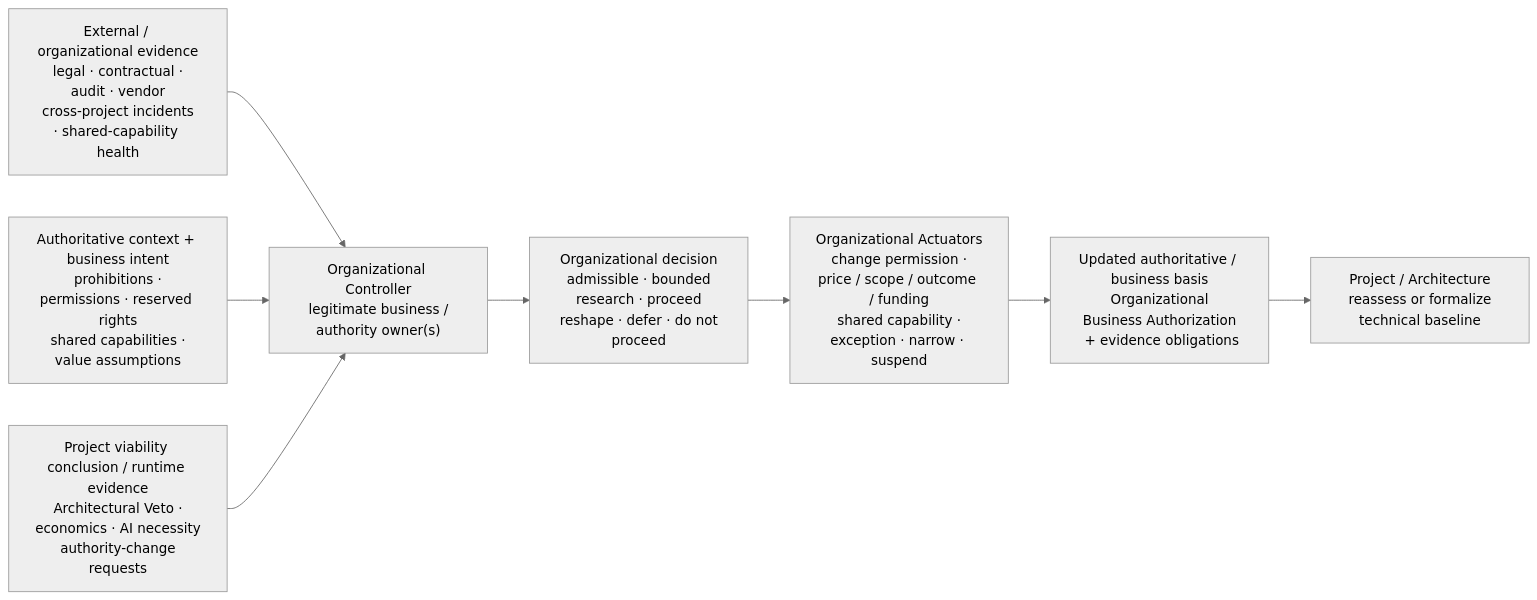
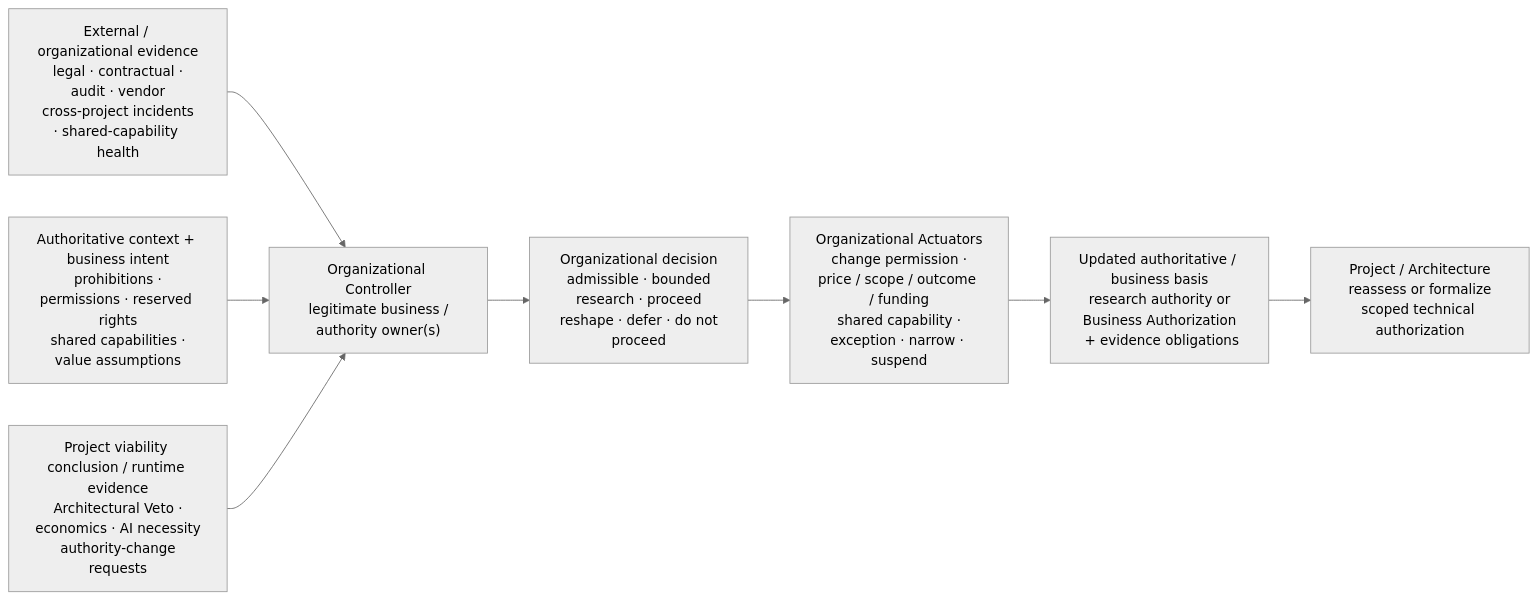
Before and after one commit to UncertaintyArchitectureGroup/uncertainty-architecture: the tenth of 15 diagrams in content/research/notes/open-engineering-specification-article-draft.md, drawn with Mermaid (neutral theme). The commit also changed other lines of this file, not shown here.

````diff
--- a/content/research/notes/open-engineering-specification-article-draft.md
+++ b/content/research/notes/open-engineering-specification-article-draft.md
@@ -621,16 +624,16 @@
 ```mermaid
 flowchart LR
     EXT["External / organizational evidence<br/> legal · contractual · audit · vendor<br/> cross-project incidents · shared-capability health"]
     AUTH["Authoritative context + business intent<br/> prohibitions · permissions · reserved rights<br/> shared capabilities · value assumptions"]
     LOW["Project viability conclusion / runtime evidence<br/> Architectural Veto · economics · AI necessity<br/> authority-change requests"]
     C["Organizational Controller<br/> legitimate business / authority owner(s)"]
     D["Organizational decision<br/> admissible · bounded research · proceed<br/> reshape · defer · do not proceed"]
     A["Organizational Actuators<br/> change permission · price / scope / outcome / funding<br/> shared capability · exception · narrow · suspend"]
-    OUT["Updated authoritative / business basis<br/> Organizational Business Authorization<br/> + evidence obligations"]
-    P["Project / Architecture<br/> reassess or formalize technical baseline"]
+    OUT["Updated authoritative / business basis<br/> research authority or Business Authorization<br/> + evidence obligations"]
+    P["Project / Architecture<br/> reassess or formalize scoped technical authorization"]
 
     EXT --> C
     AUTH --> C
     LOW --> C
     C --> D --> A --> OUT --> P
 ```
````
